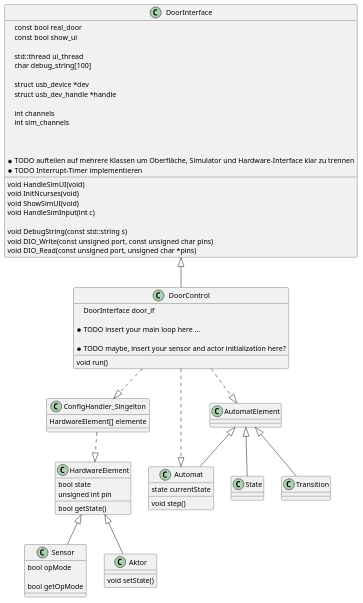
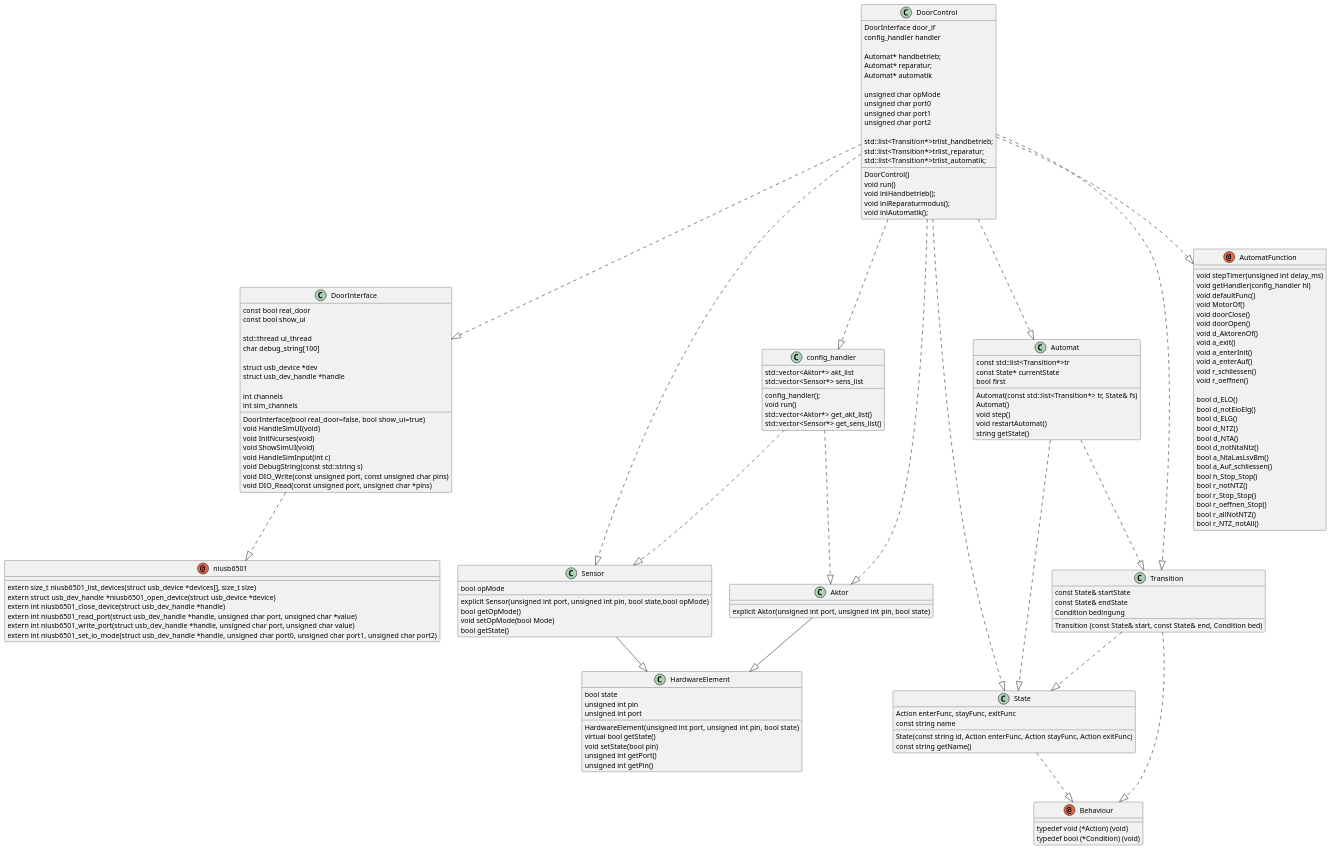
The diagram in Workspace_ART1-Tuersteuerung_2022.05/Tuersteuerung/UML/ClassDiagram.puml (duha887b/ART-1_Tuersteuerung), drawn with PlantUML before and after one commit. The commit also changed 1 other file, not shown here.

Commit message:
update ClassDiagram.png/puml

```diff
--- a/Workspace_ART1-Tuersteuerung_2022.05/Tuersteuerung/UML/ClassDiagram.puml
+++ b/Workspace_ART1-Tuersteuerung_2022.05/Tuersteuerung/UML/ClassDiagram.puml
@@ -1,6 +1,5 @@
 @startuml
 class DoorInterface{
-
 
 const bool real_door
 const bool show_ui
@@ -14,33 +13,55 @@
 int channels
 int sim_channels
 
+DoorInterface(bool real_door=false, bool show_ui=true)
 void HandleSimUI(void)
 void InitNcurses(void)
 void ShowSimUI(void)
 void HandleSimInput(int c)
-
 void DebugString(const std::string s)
 void DIO_Write(const unsigned port, const unsigned char pins)
 void DIO_Read(const unsigned port, unsigned char *pins)
 
- * TODO aufteilen auf mehrere Klassen um Oberfläche, Simulator und Hardware-Interface klar zu trennen
- * TODO Interrupt-Timer implementieren
 
 }
 
 class DoorControl {
 
 DoorInterface door_if
+config_handler handler
 
+Automat* handbetrieb;
+Automat* reparatur;
+Automat* automatik
+
+unsigned char opMode
+unsigned char port0
+unsigned char port1
+unsigned char port2
+
+std::list<Transition*>trlist_handbetrieb;
+std::list<Transition*>trlist_reparatur;
+std::list<Transition*>trlist_automatik;
+
+DoorControl()
 void run()
-*TODO insert your main loop here ...
+void iniHandbetrieb();
+void iniReparaturmodus();
+void iniAutomatik();
 
-*TODO maybe, insert your sensor and actor initialization here?
 
 }
- class ConfigHandler_Singelton {
+ class config_handler {
 
-HardwareElement[] elemente
+ std::vector<Aktor*> akt_list
+ std::vector<Sensor*> sens_list
+
+
+
+ config_handler();
+ void run()
+ std::vector<Aktor*> get_akt_list()
+ std::vector<Sensor*> get_sens_list()
 
 
 }
@@ -49,8 +70,14 @@
 
 bool state
 unsigned int pin
+unsigned int port
 
-bool getState()
+
+HardwareElement(unsigned int port, unsigned int pin, bool state)
+virtual bool getState()
+void setState(bool pin)
+unsigned int getPort()
+unsigned int getPin()
 
 
 }
@@ -59,50 +86,127 @@
 
 bool opMode
 
-bool getOpMode
+explicit Sensor(unsigned int port, unsigned int pin, bool state,bool opMode)
+bool getOpMode()
+void setOpMode(bool Mode)
+bool getState()
 
 }
 
 class Aktor{
 
-void setState()
+explicit Aktor(unsigned int port, unsigned int pin, bool state)
 
 }
 
 
 class Automat {
 
-state currentState
+const std::list<Transition*>tr
+const State* currentState
+bool first
 
+Automat(const std::list<Transition*> tr, State& fs)
+Automat()
 void step()
+void restartAutomat()
+string getState()
 
 
 }
 
-class AutomatElement{
 
-}
 
 class State{
+Action enterFunc, stayFunc, exitFunc
+const string name
 
+State(const string id, Action enterFunc, Action stayFunc, Action exitFunc)
+const string getName()
 }
 
 class Transition{
 
+const State& startState
+const State& endState
+Condition bedingung
+Transition (const State& start, const State& end, Condition bed)
+
 }
 
+annotation Behaviour{
+typedef void (*Action) (void)
+typedef bool (*Condition) (void)
+}
 
-DoorInterface <|-- DoorControl
-AutomatElement <|-- Automat
-AutomatElement <|-- State
-AutomatElement <|-- Transition
-HardwareElement <|-- Sensor
-HardwareElement <|-- Aktor
+annotation AutomatFunction{
 
+void stepTimer(unsigned int delay_ms)
+void getHandler(config_handler hl)
+void defaultFunc()
+void MotorOf()
+void doorClose()
+void doorOpen()
+void d_AktorenOf()
+void a_exit()
+void a_enterInit()
+void a_enterAuf()
+void r_schliessen()
+void r_oeffnen()
+
+bool d_ELO()
+bool d_notEloElg()
+bool d_ELG()
+bool d_NTZ()
+bool d_NTA()
+bool d_notNtaNtz()
+bool a_NtaLasLsvBm()
+bool a_Auf_schliessen()
+bool h_Stop_Stop()
+bool r_notNTZ()
+bool r_Stop_Stop()
+bool r_oeffnen_Stop()
+bool r_allNotNTZ()
+bool r_NTZ_notAll()
+
+
+}
+
+annotation niusb6501{
+extern size_t niusb6501_list_devices(struct usb_device *devices[], size_t size)
+extern struct usb_dev_handle *niusb6501_open_device(struct usb_device *device)
+extern int niusb6501_close_device(struct usb_dev_handle *handle)
+extern int niusb6501_read_port(struct usb_dev_handle *handle, unsigned char port, unsigned char *value)
+extern int niusb6501_write_port(struct usb_dev_handle *handle, unsigned char port, unsigned char value)
+extern int niusb6501_set_io_mode(struct usb_dev_handle *handle, unsigned char port0, unsigned char port1, unsigned char port2)
+}
+
+DoorInterface ..|> niusb6501
+
+DoorControl ..|> DoorInterface
+DoorControl ..|> Sensor
+DoorControl ..|> Aktor
+DoorControl ..|> Transition
+DoorControl ..|> State
 DoorControl ..|> Automat
-DoorControl ..|> AutomatElement
-DoorControl ..|> ConfigHandler_Singelton
-ConfigHandler_Singelton ..|> HardwareElement
+DoorControl ..|> config_handler
+DoorControl ..|> AutomatFunction
+
+Aktor --|> HardwareElement
+Sensor --|> HardwareElement
+
+Automat ..|> Transition
+Automat ..|> State
+
+State ..|> Behaviour
+
+Transition ..|> Behaviour
+Transition ..|> State
+
+config_handler ..|> Sensor
+config_handler ..|> Aktor
+
+
 
 
 
```
